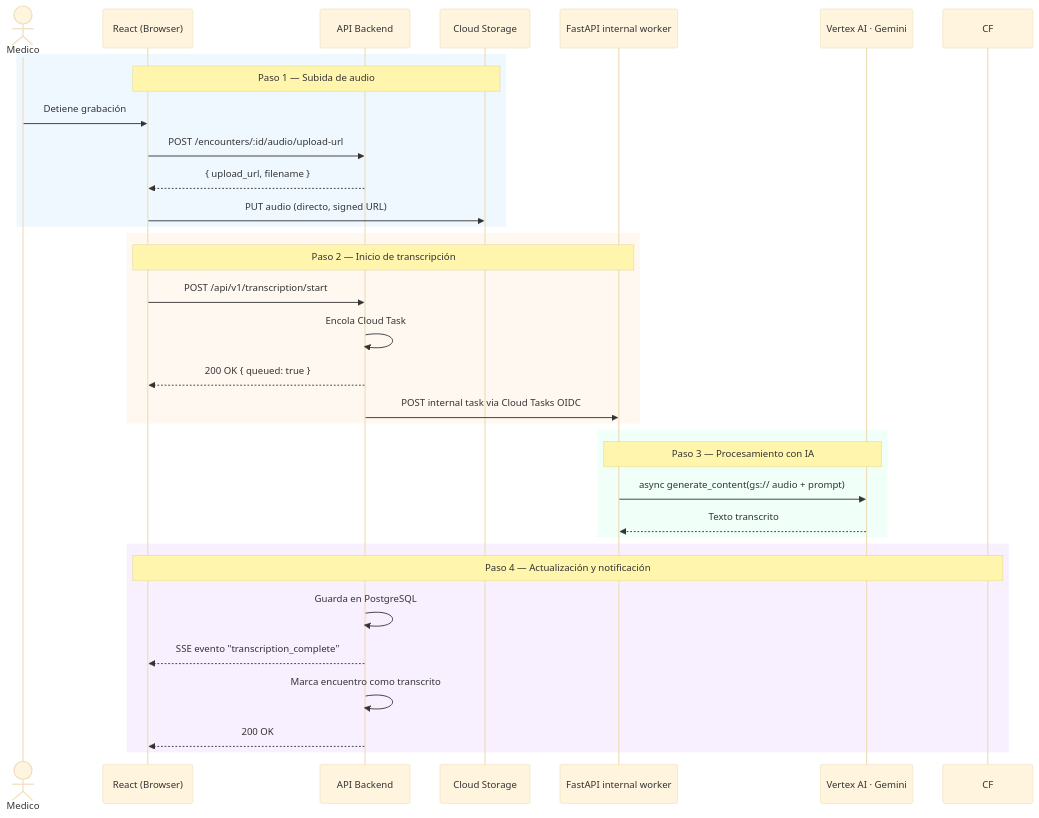
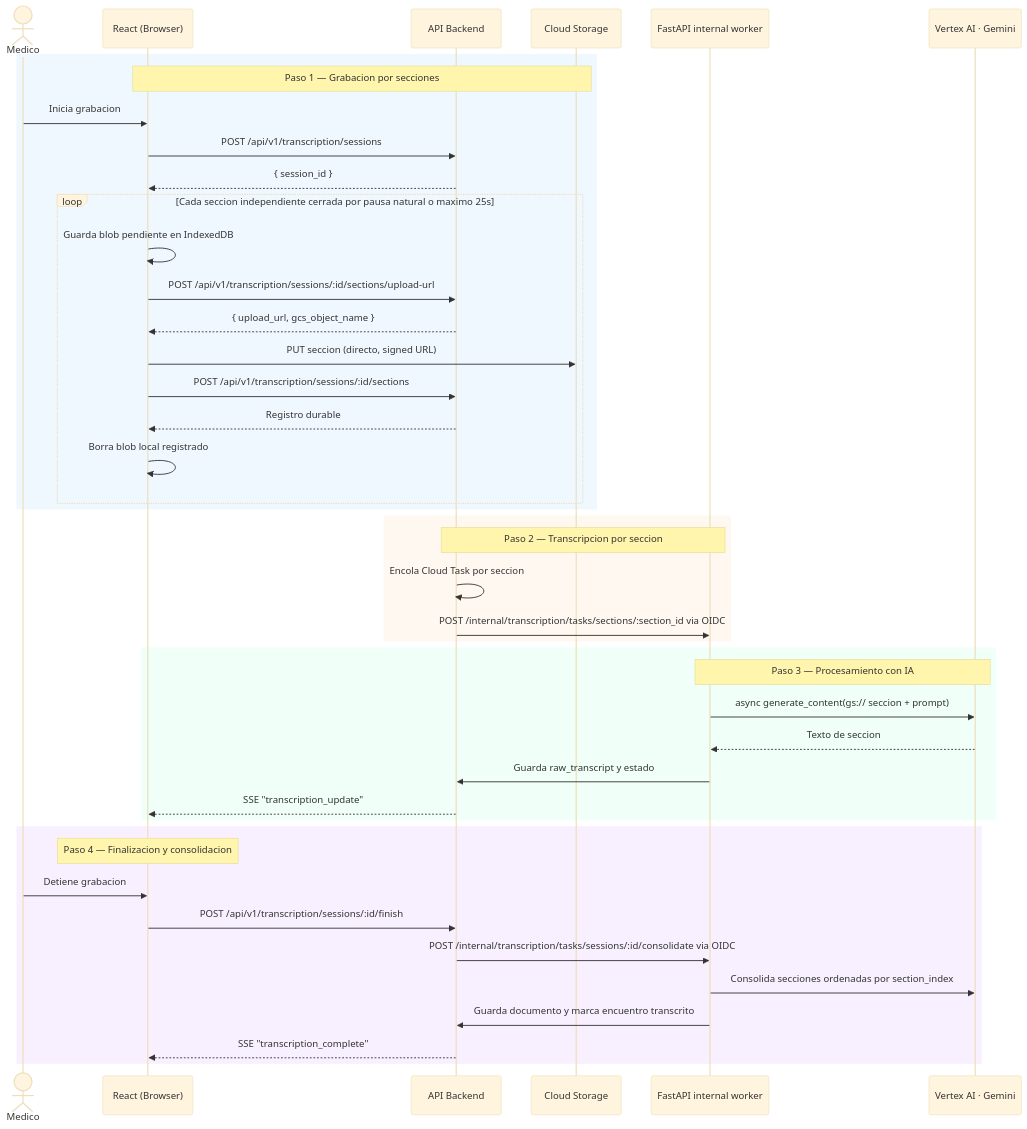
Before and after one commit to Jmoreno844/medical-ai-webapp: the second of 3 diagrams in docs/architecture/system-overview.md, drawn with Mermaid (base theme). The commit also changed other lines of this file and 23 other files, not shown here.

````diff
--- a/docs/architecture/system-overview.md
+++ b/docs/architecture/system-overview.md
@@ -56,39 +61,49 @@
 ```mermaid
 sequenceDiagram
     actor Medico
     participant Browser as React (Browser)
     participant Backend as API Backend
     participant GCS as Cloud Storage
     participant Worker as FastAPI internal worker
     participant Gemini as Vertex AI · Gemini
 
     rect rgb(240, 248, 255)
-        note over Browser,GCS: Paso 1 — Subida de audio
-        Medico->>Browser: Detiene grabación
-        Browser->>Backend: POST /encounters/:id/audio/upload-url
-        Backend-->>Browser: { upload_url, filename }
-        Browser->>GCS: PUT audio (directo, signed URL)
+        note over Browser,GCS: Paso 1 — Grabacion por secciones
+        Medico->>Browser: Inicia grabacion
+        Browser->>Backend: POST /api/v1/transcription/sessions
+        Backend-->>Browser: { session_id }
+        loop Cada seccion independiente cerrada por pausa natural o maximo 25s
+            Browser->>Browser: Guarda blob pendiente en IndexedDB
+            Browser->>Backend: POST /api/v1/transcription/sessions/:id/sections/upload-url
+            Backend-->>Browser: { upload_url, gcs_object_name }
+            Browser->>GCS: PUT seccion (directo, signed URL)
+            Browser->>Backend: POST /api/v1/transcription/sessions/:id/sections
+            Backend-->>Browser: Registro durable
+            Browser->>Browser: Borra blob local registrado
+        end
     end
 
     rect rgb(255, 248, 240)
-        note over Browser,Worker: Paso 2 — Inicio de transcripción
-        Browser->>Backend: POST /api/v1/transcription/start
-        Backend->>Backend: Encola Cloud Task
-        Backend-->>Browser: 200 OK { queued: true }
-        Backend->>Worker: POST internal task via Cloud Tasks OIDC
+        note over Backend,Worker: Paso 2 — Transcripcion por seccion
+        Backend->>Backend: Encola Cloud Task por seccion
+        Backend->>Worker: POST /internal/transcription/tasks/sections/:section_id via OIDC
     end
 
     rect rgb(240, 255, 248)
         note over Worker,Gemini: Paso 3 — Procesamiento con IA
-        Worker->>Gemini: async generate_content(gs:// audio + prompt)
-        Gemini-->>Worker: Texto transcrito
+        Worker->>Gemini: async generate_content(gs:// seccion + prompt)
+        Gemini-->>Worker: Texto de seccion
+        Worker->>Backend: Guarda raw_transcript y estado
+        Backend-->>Browser: SSE "transcription_update"
     end
 
     rect rgb(248, 240, 255)
-        note over CF,Browser: Paso 4 — Actualización y notificación
-        Backend->>Backend: Guarda en PostgreSQL
-        Backend-->>Browser: SSE evento "transcription_complete"
-        Backend->>Backend: Marca encuentro como transcrito
-        Backend-->>Browser: 200 OK
+        note over Browser,Browser: Paso 4 — Finalizacion y consolidacion
+        Medico->>Browser: Detiene grabacion
+        Browser->>Backend: POST /api/v1/transcription/sessions/:id/finish
+        Backend->>Worker: POST /internal/transcription/tasks/sessions/:id/consolidate via OIDC
+        Worker->>Gemini: Consolida secciones ordenadas por section_index
+        Worker->>Backend: Guarda documento y marca encuentro transcrito
+        Backend-->>Browser: SSE "transcription_complete"
     end
 ```
````
